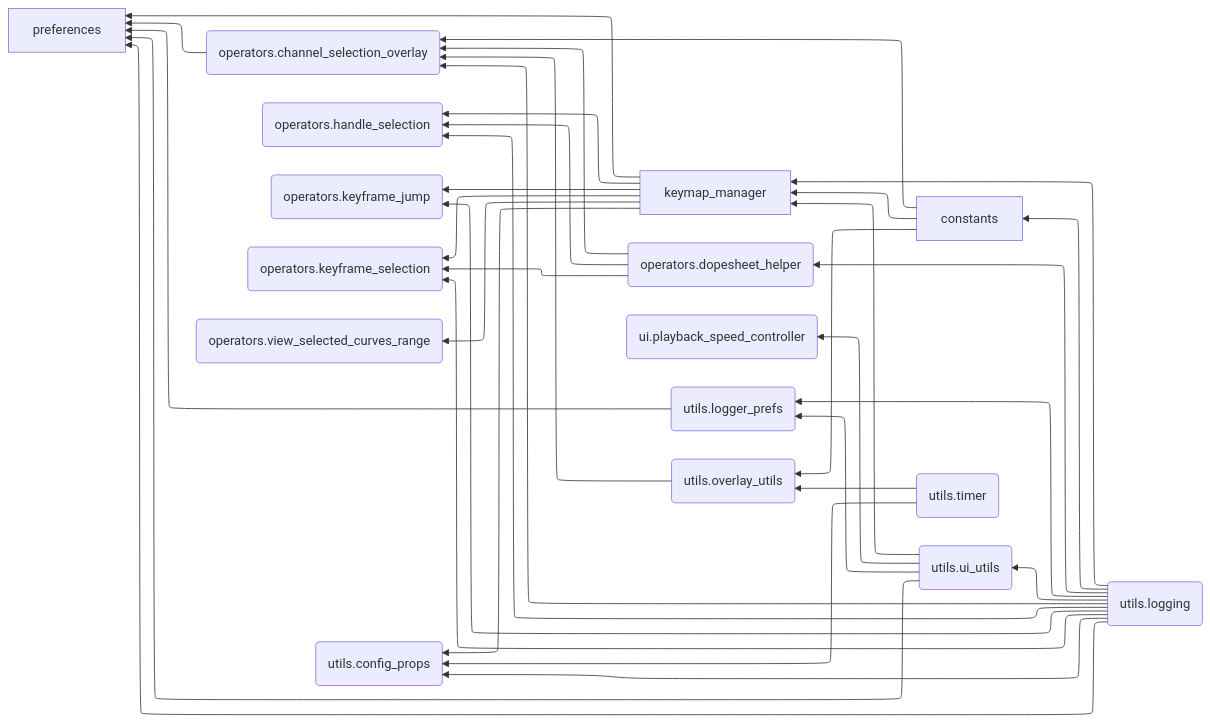
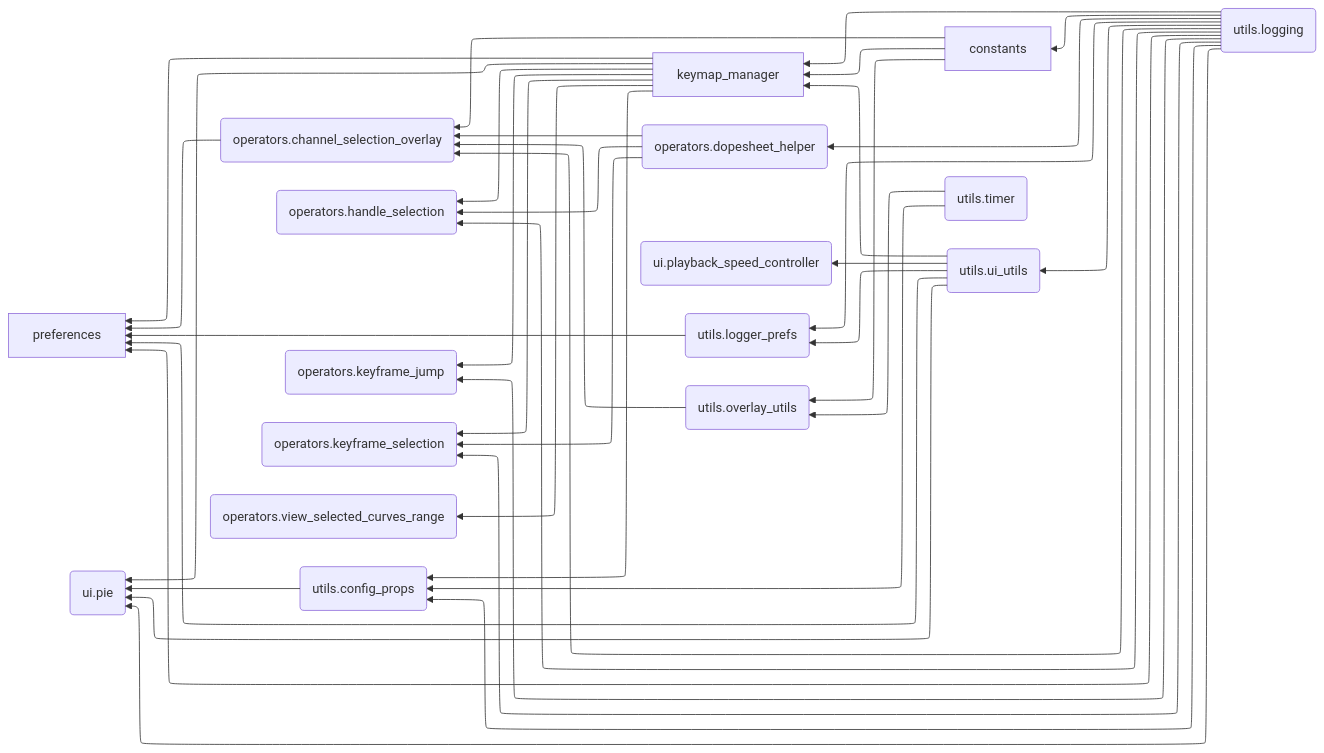
Before and after one commit to Pluglug/graph_monkey: the diagram in docs/debug/module_dependencies.mmd, drawn with Mermaid. The commit also changed 1 other file, not shown here.

Commit message:
Graph用パイを追加

```diff
--- a/docs/debug/module_dependencies.mmd
+++ b/docs/debug/module_dependencies.mmd
@@ -1,56 +1,61 @@
 ---
 config:
   theme: mc
   layout: elk
   flowchart:
     curve: basis
 ---
 flowchart RL
     constants[constants]
     keymap_manager[keymap_manager]
     operators_channel_selection_overlay(operators.channel_selection_overlay)
     operators_dopesheet_helper(operators.dopesheet_helper)
     operators_handle_selection(operators.handle_selection)
     operators_keyframe_jump(operators.keyframe_jump)
     operators_keyframe_selection(operators.keyframe_selection)
     operators_view_selected_curves_range(operators.view_selected_curves_range)
     preferences[preferences]
+    ui_pie(ui.pie)
     ui_playback_speed_controller(ui.playback_speed_controller)
     utils_config_props(utils.config_props)
     utils_logger_prefs(utils.logger_prefs)
     utils_logging(utils.logging)
     utils_overlay_utils(utils.overlay_utils)
     utils_timer(utils.timer)
     utils_ui_utils(utils.ui_utils)
     constants --> keymap_manager
     constants --> operators_channel_selection_overlay
     constants --> utils_overlay_utils
     keymap_manager --> operators_handle_selection
     keymap_manager --> operators_keyframe_jump
     keymap_manager --> operators_keyframe_selection
     keymap_manager --> operators_view_selected_curves_range
     keymap_manager --> preferences
+    keymap_manager --> ui_pie
     keymap_manager --> utils_config_props
     operators_channel_selection_overlay --> preferences
     operators_dopesheet_helper --> operators_channel_selection_overlay
     operators_dopesheet_helper --> operators_handle_selection
     operators_dopesheet_helper --> operators_keyframe_selection
+    utils_config_props --> ui_pie
     utils_logger_prefs --> preferences
     utils_logging --> constants
     utils_logging --> keymap_manager
     utils_logging --> operators_channel_selection_overlay
     utils_logging --> operators_dopesheet_helper
     utils_logging --> operators_handle_selection
     utils_logging --> operators_keyframe_jump
     utils_logging --> operators_keyframe_selection
     utils_logging --> preferences
+    utils_logging --> ui_pie
     utils_logging --> utils_config_props
     utils_logging --> utils_logger_prefs
     utils_logging --> utils_ui_utils
     utils_overlay_utils --> operators_channel_selection_overlay
     utils_timer --> utils_config_props
     utils_timer --> utils_overlay_utils
     utils_ui_utils --> keymap_manager
     utils_ui_utils --> preferences
+    utils_ui_utils --> ui_pie
     utils_ui_utils --> ui_playback_speed_controller
     utils_ui_utils --> utils_logger_prefs
```
